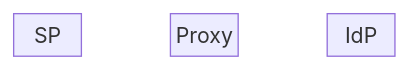
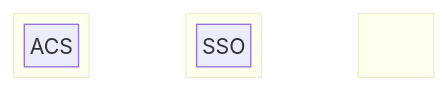
One commit to mikehadlow/samlproxy changed the first of 2 diagrams in README.md. Above: the diagram before and after it, drawn with Mermaid.

Commit message:
Block diagram nested components

````diff
--- a/README.md
+++ b/README.md
@@ -6,9 +6,23 @@
 ```mermaid
 block-beta
-columns 5
-    SP
+    columns 5
+    block:SP
+        columns 1
+        SP
+        ACS
+    end
     space
-    Proxy
+    block:Proxy
+        columns 2
+        SSO
+        Proxy
+        Proxy
+        ACS
+    end
     space
-    IdP
+    block:IdP
+        columns 1
+        SSO
+        IdP
+    end
 ```
````
